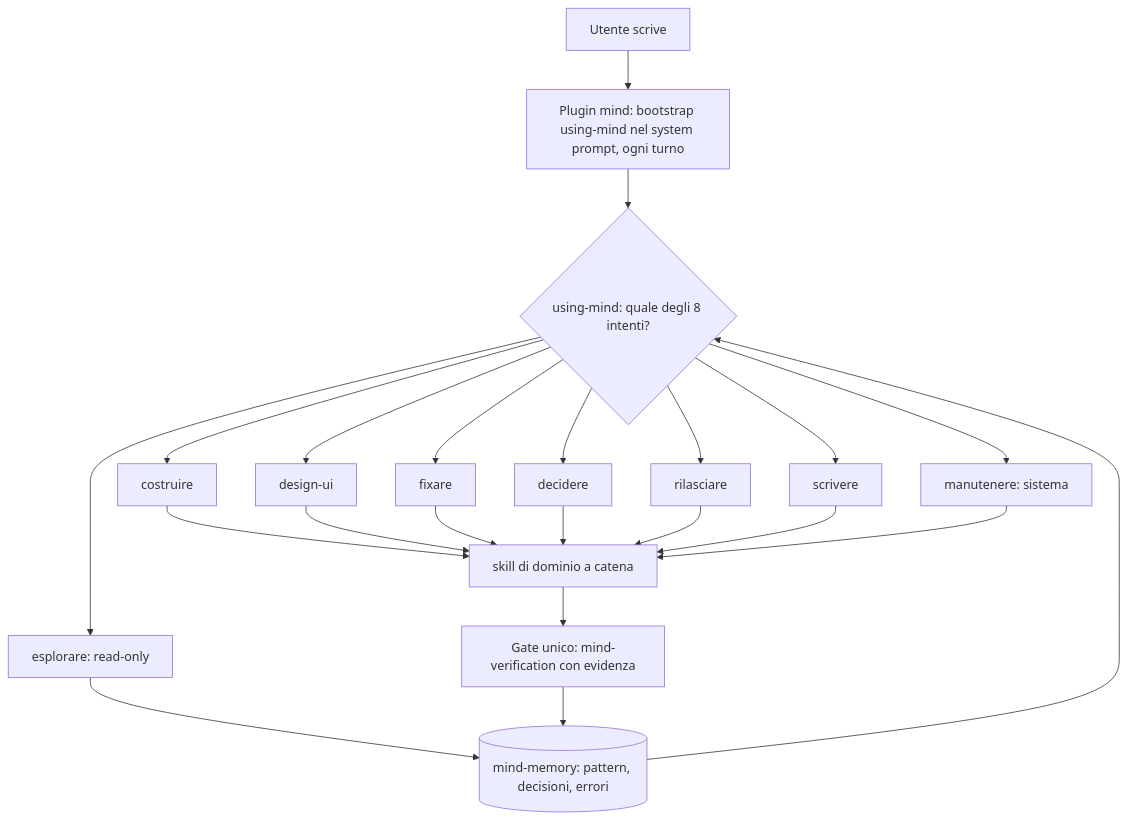
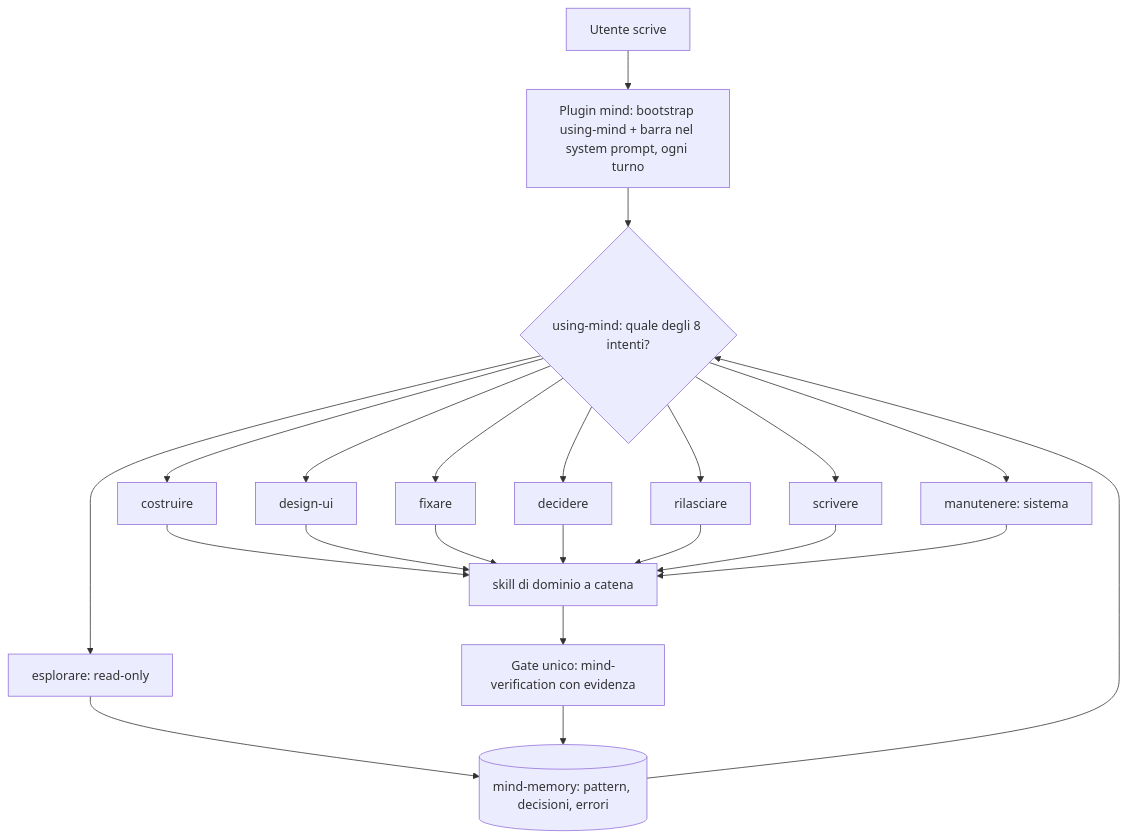
The first of 7 diagrams in README.md (Kyriga-CGX/mind-system), drawn with Mermaid before and after one commit. The commit also changed other lines of this file, not shown here.

Commit message:
docs(readme): barra (cosa entra, chi la scrive, come si verifica) + tests nella struttura

````diff
--- a/README.md
+++ b/README.md
@@ -18,16 +18,16 @@
 ```mermaid
 flowchart TD
-    U[Utente scrive] --> P[Plugin mind: bootstrap using-mind nel system prompt, ogni turno]
+    U[Utente scrive] --> P[Plugin mind: bootstrap using-mind + barra nel system prompt, ogni turno]
     P --> O{using-mind: quale degli 8 intenti?}
     O --> C[costruire] --> I[skill di dominio a catena]
     O --> D[design-ui] --> I
     O --> F[fixare] --> I
     O --> E[esplorare: read-only] --> M
     O --> S[decidere] --> I
     O --> R[rilasciare] --> I
     O --> W[scrivere] --> I
     O --> N[manutenere: sistema] --> I
     I --> G[Gate unico: mind-verification con evidenza]
     G --> M[(mind-memory: pattern, decisioni, errori)]
     M --> O
 ```
````
